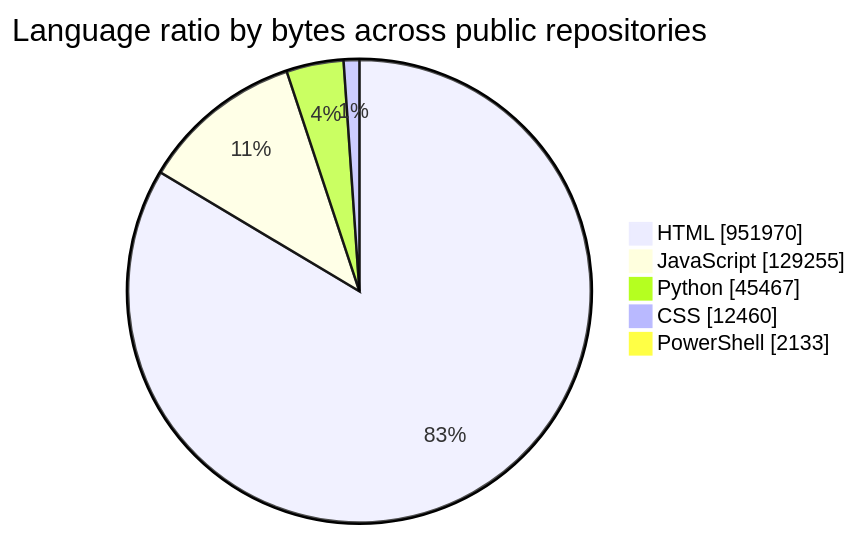
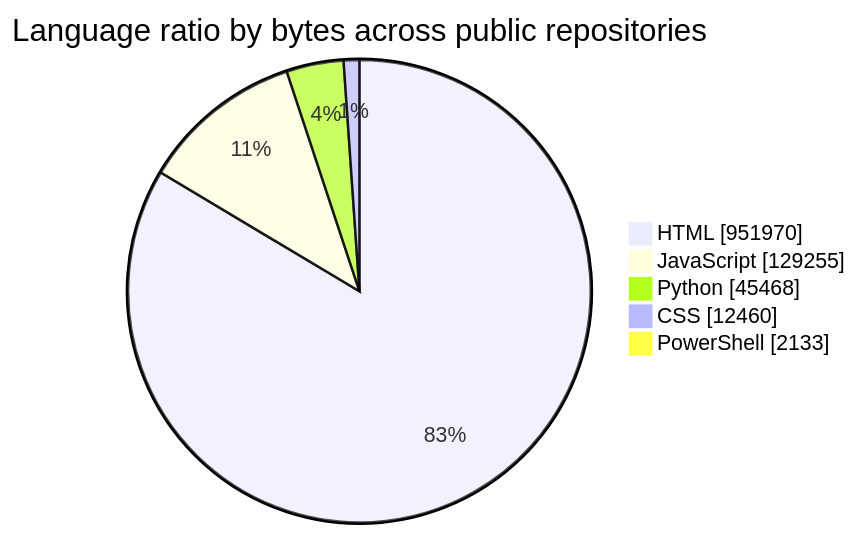
Before and after one commit to tchinso/tchinso: the diagram in README.md, drawn with Mermaid. The commit also changed other lines of this file, not shown here.

````diff
--- a/README.md
+++ b/README.md
@@ -29,9 +34,9 @@
 ```mermaid
 pie showData
     title Language ratio by bytes across public repositories
     "HTML" : 951970
     "JavaScript" : 129255
-    "Python" : 45467
+    "Python" : 45468
     "CSS" : 12460
     "PowerShell" : 2133
 ```
````
